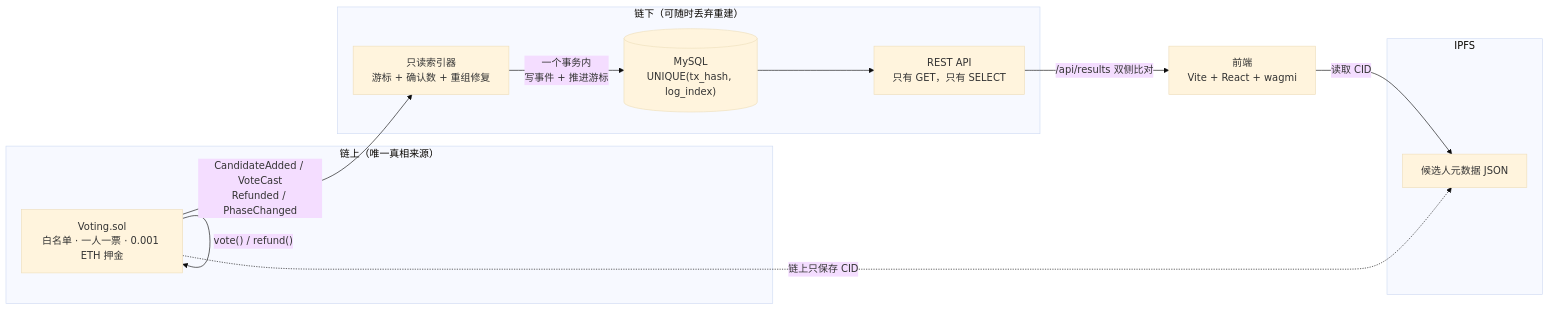
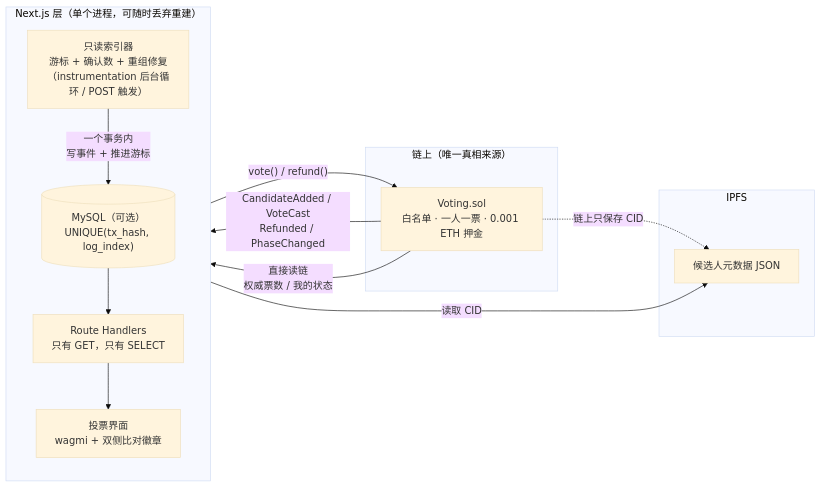
The diagram in README.md (Zwh-1/decentralized-voting-dapp), drawn with Mermaid (base theme) before and after one commit. The commit also changed other lines of this file and 83 other files, not shown here.

````diff
--- a/README.md
+++ b/README.md
@@ -23,26 +26,27 @@
 ```mermaid
 flowchart LR
     subgraph chain["链上（唯一真相来源）"]
         V["Voting.sol<br/>白名单 · 一人一票 · 0.001 ETH 押金"]
     end
 
     subgraph ipfs["IPFS"]
         M["候选人元数据 JSON"]
     end
 
-    subgraph offchain["链下（可随时丢弃重建）"]
-        I["只读索引器<br/>游标 + 确认数 + 重组修复"]
-        DB[("MySQL<br/>UNIQUE(tx_hash, log_index)")]
-        API["REST API<br/>只有 GET，只有 SELECT"]
+    subgraph app["Next.js 层（单个进程，可随时丢弃重建）"]
+        direction TB
+        I["只读索引器<br/>游标 + 确认数 + 重组修复<br/>（instrumentation 后台循环 / POST 触发）"]
+        DB[("MySQL（可选）<br/>UNIQUE(tx_hash, log_index)")]
+        API["Route Handlers<br/>只有 GET，只有 SELECT"]
+        UI["投票界面<br/>wagmi + 双侧比对徽章"]
+        I -- "一个事务内<br/>写事件 + 推进游标" --> DB
+        DB --> API
+        API --> UI
     end
 
-    W["前端<br/>Vite + React + wagmi"]
-
     V -- "CandidateAdded / VoteCast<br/>Refunded / PhaseChanged" --> I
-    I -- "一个事务内<br/>写事件 + 推进游标" --> DB
-    DB --> API
-    API -- "/api/results 双侧比对" --> W
-    V -- "vote() / refund()" --> V
-    W -- "读取 CID" --> M
+    V -- "直接读链<br/>权威票数 / 我的状态" --> UI
+    UI -- "vote() / refund()" --> V
+    UI -- "读取 CID" --> M
     V -. "链上只保存 CID" .-> M
 ```
````
